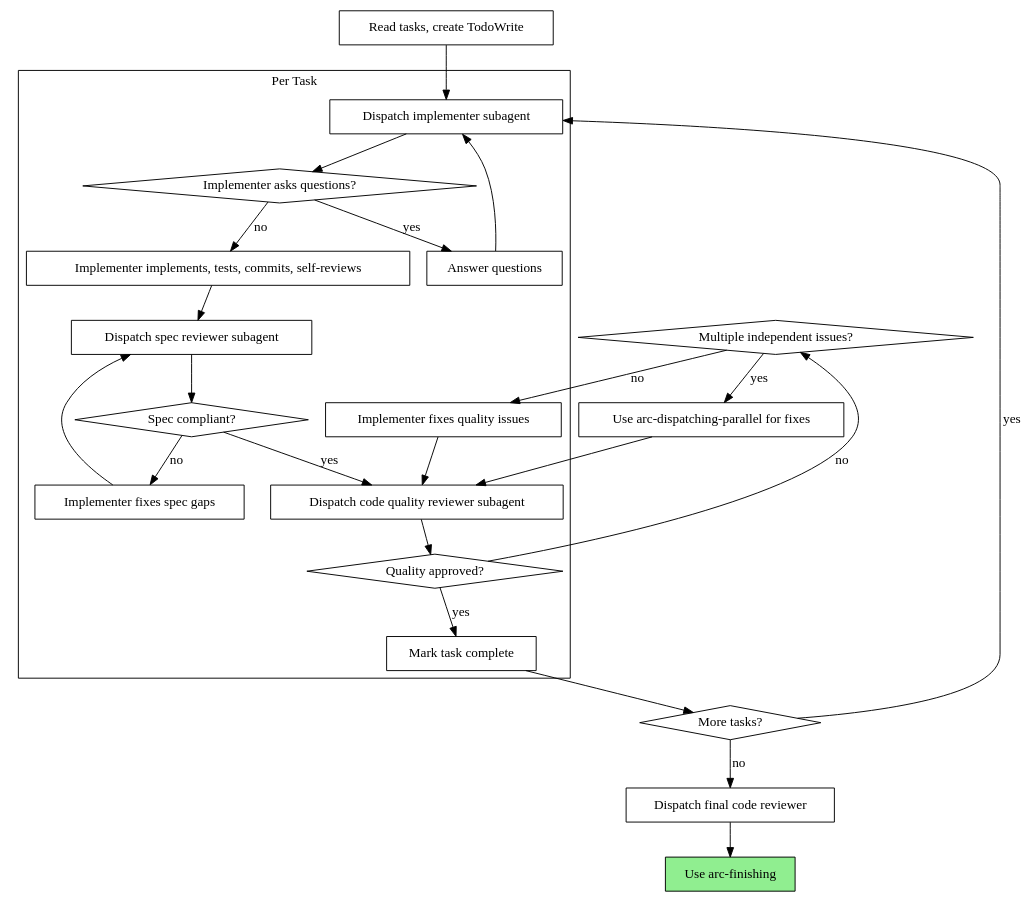
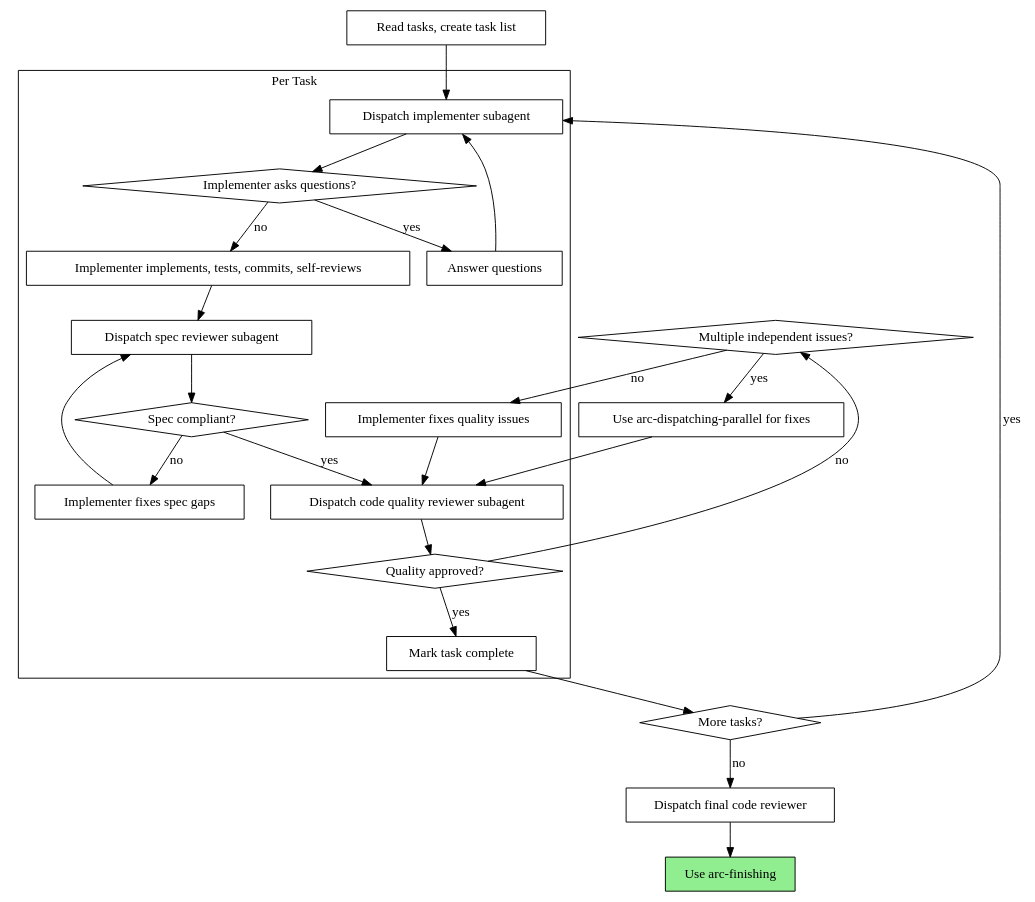
The second of 2 diagrams in skills/arc-agent-driven/SKILL.md (GregoryHo/arcforge), drawn with Graphviz before and after one commit. The commit also changed other lines of this file and 9 other files, not shown here.

````diff
--- a/skills/arc-agent-driven/SKILL.md
+++ b/skills/arc-agent-driven/SKILL.md
@@ -40,49 +40,49 @@
 ```dot
 digraph process {
     rankdir=TB;
 
     subgraph cluster_per_task {
         label="Per Task";
         "Dispatch implementer subagent" [shape=box];
         "Implementer asks questions?" [shape=diamond];
         "Answer questions" [shape=box];
         "Implementer implements, tests, commits, self-reviews" [shape=box];
         "Dispatch spec reviewer subagent" [shape=box];
         "Spec compliant?" [shape=diamond];
         "Implementer fixes spec gaps" [shape=box];
         "Dispatch code quality reviewer subagent" [shape=box];
         "Quality approved?" [shape=diamond];
         "Implementer fixes quality issues" [shape=box];
         "Mark task complete" [shape=box];
     }
 
-    "Read tasks, create TodoWrite" [shape=box];
+    "Read tasks, create task list" [shape=box];
     "More tasks?" [shape=diamond];
     "Multiple independent issues?" [shape=diamond];
     "Use arc-dispatching-parallel for fixes" [shape=box];
     "Dispatch final code reviewer" [shape=box];
     "Use arc-finishing" [shape=box style=filled fillcolor=lightgreen];
 
-    "Read tasks, create TodoWrite" -> "Dispatch implementer subagent";
+    "Read tasks, create task list" -> "Dispatch implementer subagent";
     "Dispatch implementer subagent" -> "Implementer asks questions?";
     "Implementer asks questions?" -> "Answer questions" [label="yes"];
     "Answer questions" -> "Dispatch implementer subagent";
     "Implementer asks questions?" -> "Implementer implements, tests, commits, self-reviews" [label="no"];
     "Implementer implements, tests, commits, self-reviews" -> "Dispatch spec reviewer subagent";
     "Dispatch spec reviewer subagent" -> "Spec compliant?";
     "Spec compliant?" -> "Implementer fixes spec gaps" [label="no"];
     "Implementer fixes spec gaps" -> "Dispatch spec reviewer subagent";
     "Spec compliant?" -> "Dispatch code quality reviewer subagent" [label="yes"];
     "Dispatch code quality reviewer subagent" -> "Quality approved?";
     "Quality approved?" -> "Multiple independent issues?" [label="no"];
     "Multiple independent issues?" -> "Use arc-dispatching-parallel for fixes" [label="yes"];
     "Multiple independent issues?" -> "Implementer fixes quality issues" [label="no"];
     "Use arc-dispatching-parallel for fixes" -> "Dispatch code quality reviewer subagent";
     "Implementer fixes quality issues" -> "Dispatch code quality reviewer subagent";
     "Quality approved?" -> "Mark task complete" [label="yes"];
     "Mark task complete" -> "More tasks?";
     "More tasks?" -> "Dispatch implementer subagent" [label="yes"];
     "More tasks?" -> "Dispatch final code reviewer" [label="no"];
     "Dispatch final code reviewer" -> "Use arc-finishing";
 }
 ```
````
